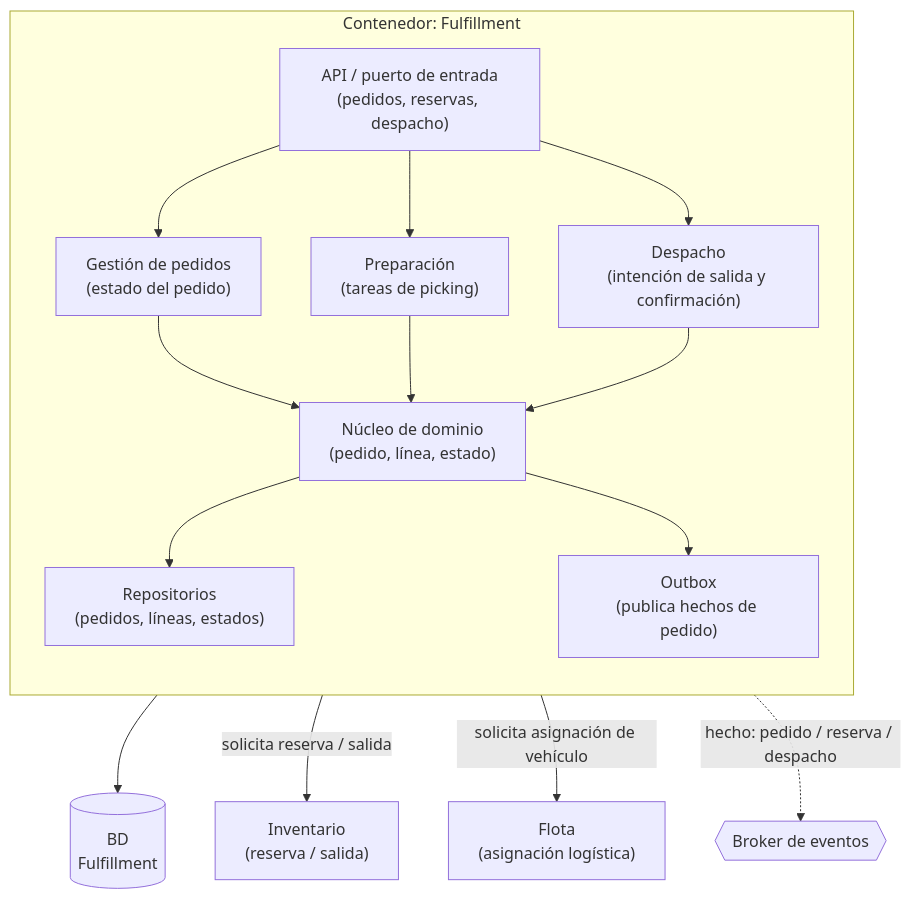
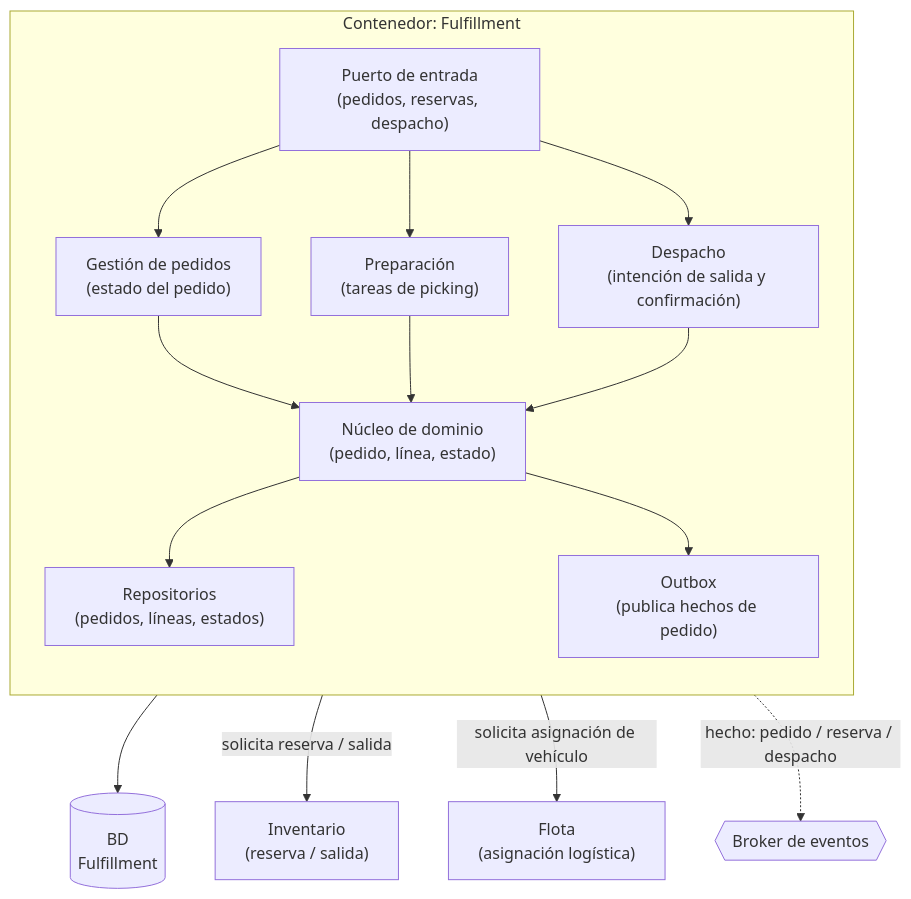
Before and after one commit to asmunozv/Deber2: the fourth of 4 diagrams in docs/sprint-2/05-C4-ARQUITECTURA.md, drawn with Mermaid. The commit also changed other lines of this file, not shown here.

Commit message:
Alinea arquitectura C4 con alcance de Diseño de Sistemas

````diff
--- a/docs/sprint-2/05-C4-ARQUITECTURA.md
+++ b/docs/sprint-2/05-C4-ARQUITECTURA.md
@@ -157,28 +157,28 @@
 ```mermaid
 flowchart TB
     subgraph FUL["Contenedor: Fulfillment"]
         direction TB
-        API["API / puerto de entrada<br/>(pedidos, reservas, despacho)"]
+        API["Puerto de entrada<br/>(pedidos, reservas, despacho)"]
         PED["Gestión de pedidos<br/>(estado del pedido)"]
         PREP["Preparación<br/>(tareas de picking)"]
         DES["Despacho<br/>(intención de salida y confirmación)"]
         DOM["Núcleo de dominio<br/>(pedido, línea, estado)"]
         OUT["Outbox<br/>(publica hechos de pedido)"]
         REPO["Repositorios<br/>(pedidos, líneas, estados)"]
     end
     DB[("BD<br/>Fulfillment")]
     INV["Inventario<br/>(reserva / salida)"]
     FLT["Flota<br/>(asignación logística)"]
     API --> PED
     API --> PREP
     API --> DES
     PED --> DOM
     PREP --> DOM
     DES --> DOM
     DOM --> REPO
     REPO --> DB
     DOM --> OUT
     DOM -->|"solicita reserva / salida"| INV
     DOM -->|"solicita asignación de vehículo"| FLT
     OUT -. "hecho: pedido / reserva / despacho" .-> BROKER{{"Broker de eventos"}}
 ```
````
